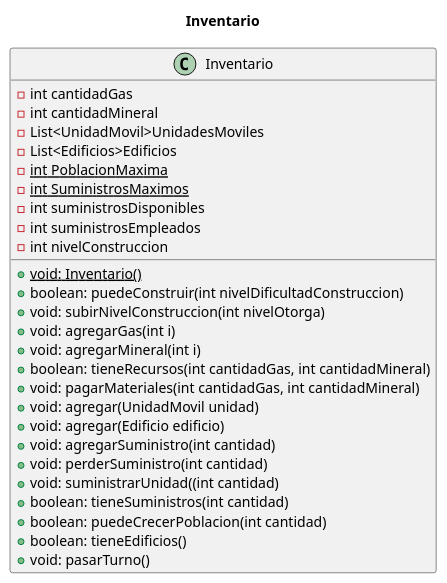
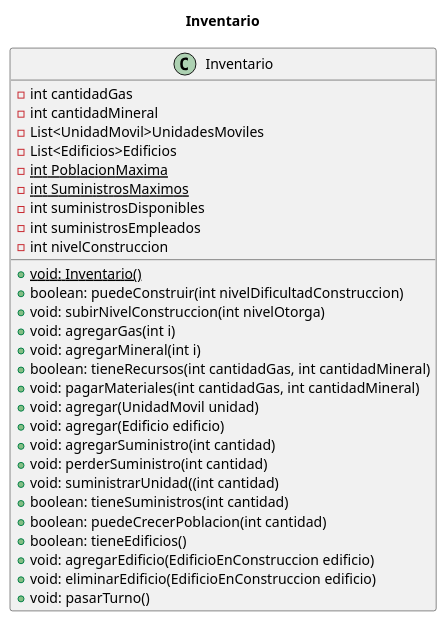
The diagram in diagrams/classes/Inventario.puml (m-cabrerar/AlgoStar), drawn with PlantUML before and after one commit. The commit also changed 5 other files, not shown here.

Commit message:
UML edificio

```diff
--- a/diagrams/classes/Inventario.puml
+++ b/diagrams/classes/Inventario.puml
@@ -1,33 +1,35 @@
 @startuml
 'https://plantuml.com/class-diagram
 title Inventario
 
 class Inventario {
 -int cantidadGas
 -int cantidadMineral
 -List<UnidadMovil>UnidadesMoviles
 -List<Edificios>Edificios
 -<u>int PoblacionMaxima
 -<u>int SuministrosMaximos
 -int suministrosDisponibles
 -int suministrosEmpleados
 -int nivelConstruccion
 
 +<u>void: Inventario()
 +boolean: puedeConstruir(int nivelDificultadConstruccion)
 +void: subirNivelConstruccion(int nivelOtorga)
 +void: agregarGas(int i)
 +void: agregarMineral(int i)
 +boolean: tieneRecursos(int cantidadGas, int cantidadMineral)
 +void: pagarMateriales(int cantidadGas, int cantidadMineral)
 +void: agregar(UnidadMovil unidad)
 +void: agregar(Edificio edificio)
 +void: agregarSuministro(int cantidad)
 +void: perderSuministro(int cantidad)
 +void: suministrarUnidad((int cantidad)
 +boolean: tieneSuministros(int cantidad)
 +boolean: puedeCrecerPoblacion(int cantidad)
 +boolean: tieneEdificios()
++void: agregarEdificio(EdificioEnConstruccion edificio)
++void: eliminarEdificio(EdificioEnConstruccion edificio)
 +void: pasarTurno()
 }
 @enduml
```
